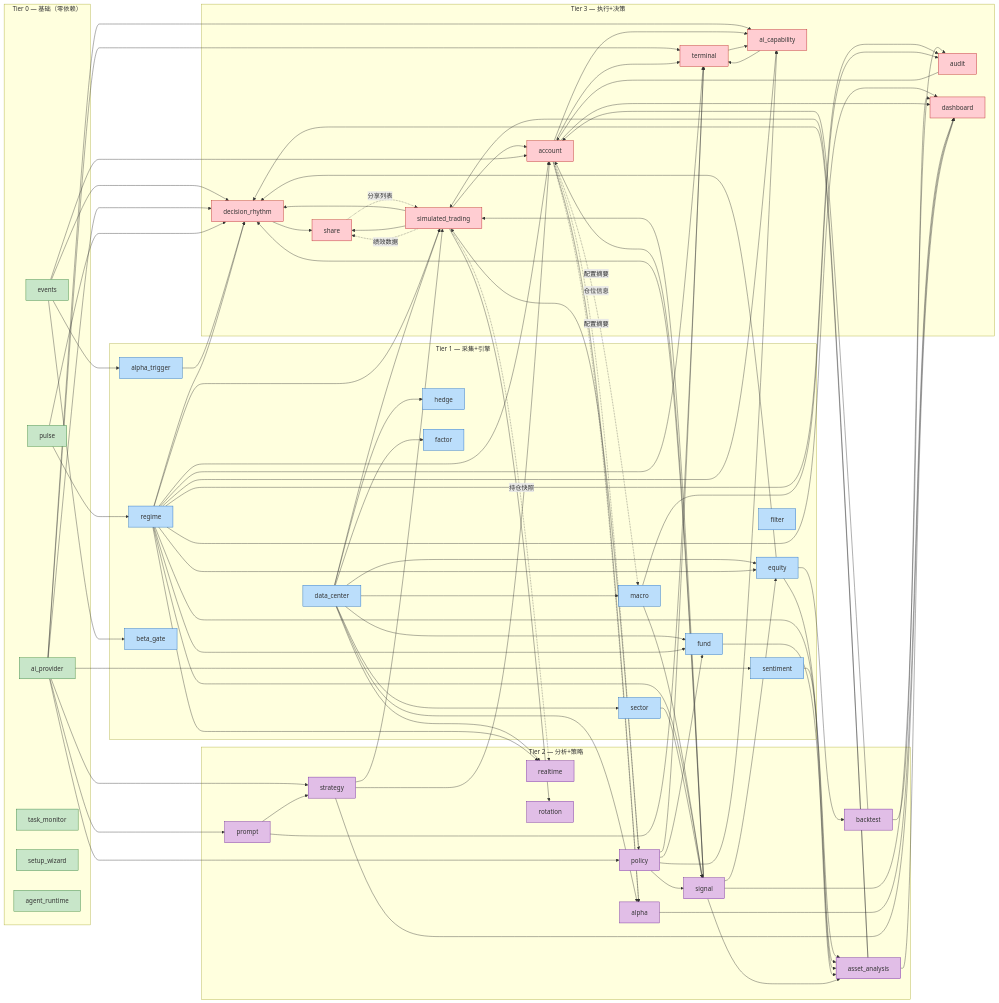
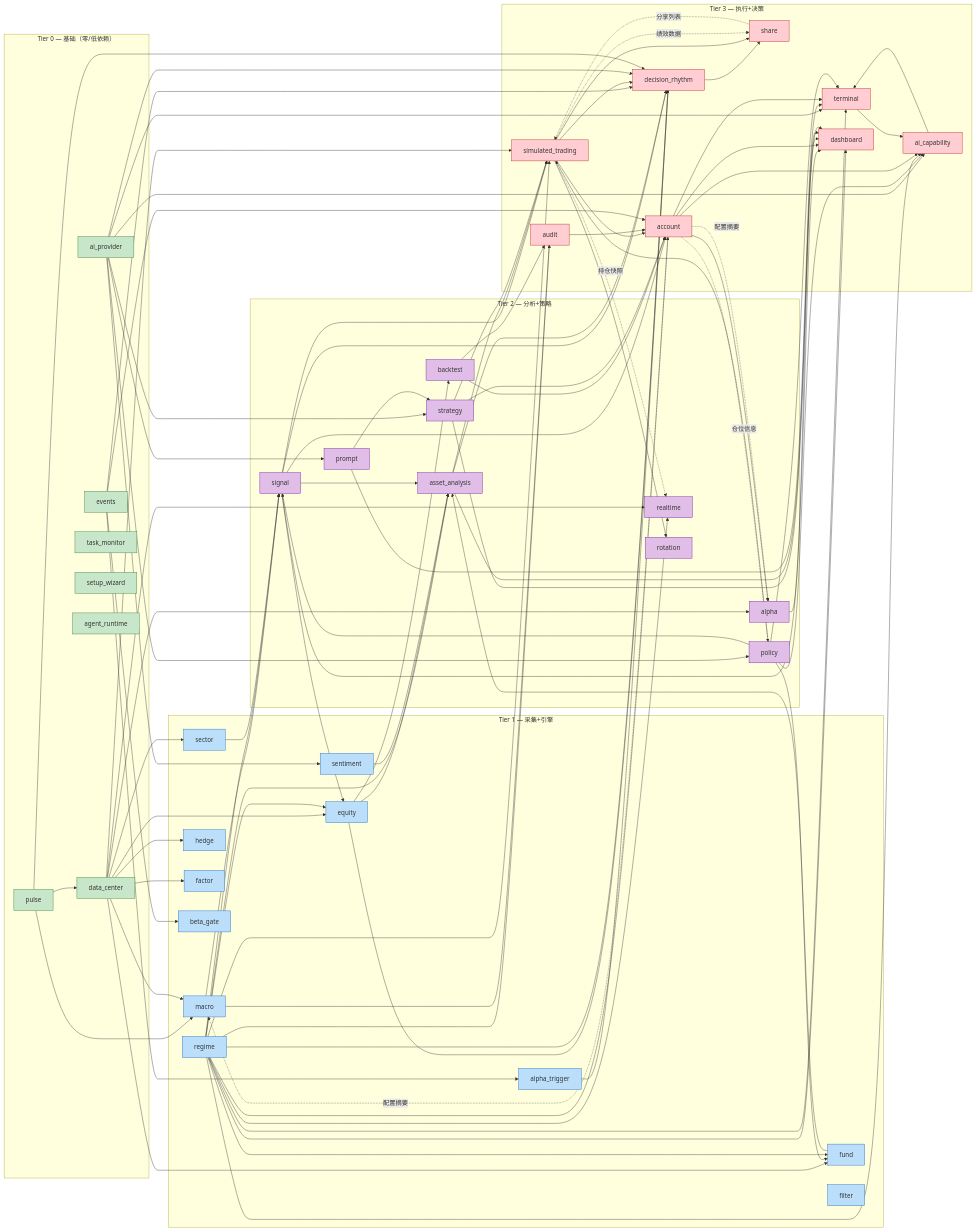
The third of 5 diagrams in docs/architecture/SYSTEM_TOPOLOGY.md (guiyinan/agomTradePro), drawn with Mermaid before and after one commit. The commit also changed other lines of this file and 6 other files, not shown here.

````diff
--- a/docs/architecture/SYSTEM_TOPOLOGY.md
+++ b/docs/architecture/SYSTEM_TOPOLOGY.md
@@ -373,16 +380,16 @@
 ```mermaid
 graph LR
-    subgraph L0_MODULES["Tier 0 — 基础（零依赖）"]
+    subgraph L0_MODULES["Tier 0 — 基础（零/低依赖）"]
+        data_center["data_center"]
         events["events"]
-        pulse["pulse"]
         ai_provider["ai_provider"]
         task_monitor["task_monitor"]
+        pulse["pulse"]
         setup_wizard["setup_wizard"]
         agent_runtime["agent_runtime"]
     end
 
     subgraph L1_MODULES["Tier 1 — 采集+引擎"]
-        data_center["data_center"]
         macro["macro"]
         equity["equity"]
         fund["fund"]
@@ -420,12 +427,13 @@
     end
 
     %% Tier 0 → Tier 1
-    pulse --> regime
+    pulse --> data_center
+    pulse --> macro
     events --> alpha_trigger
     events --> beta_gate
     ai_provider --> sentiment
 
-    %% Tier 1 内部
+    %% Tier 0 → Tier 1
     data_center --> macro
     data_center --> equity
     data_center --> fund
@@ -519,8 +527,8 @@
     classDef l2 fill:#e1bee7,stroke:#6a1b9a
     classDef l3 fill:#ffcdd2,stroke:#b71c1c
 
-    class events,pulse,ai_provider,task_monitor,setup_wizard,agent_runtime l0
-    class data_center,macro,equity,fund,sector,regime,sentiment,filter,hedge,factor,alpha_trigger,beta_gate l1
+    class data_center,events,ai_provider,task_monitor,pulse,setup_wizard,agent_runtime l0
+    class macro,equity,fund,sector,regime,sentiment,filter,hedge,factor,alpha_trigger,beta_gate l1
     class signal,asset_analysis,policy,prompt,backtest,alpha,realtime,rotation,strategy l2
     class simulated_trading,account,decision_rhythm,audit,share,terminal,ai_capability,dashboard l3
 ```
````
